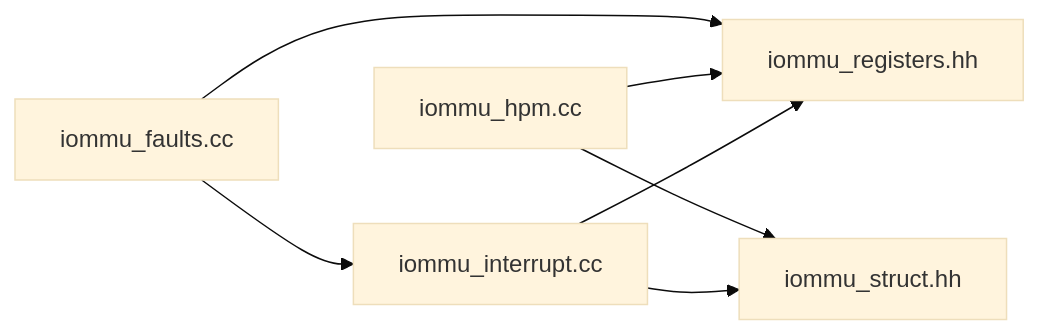
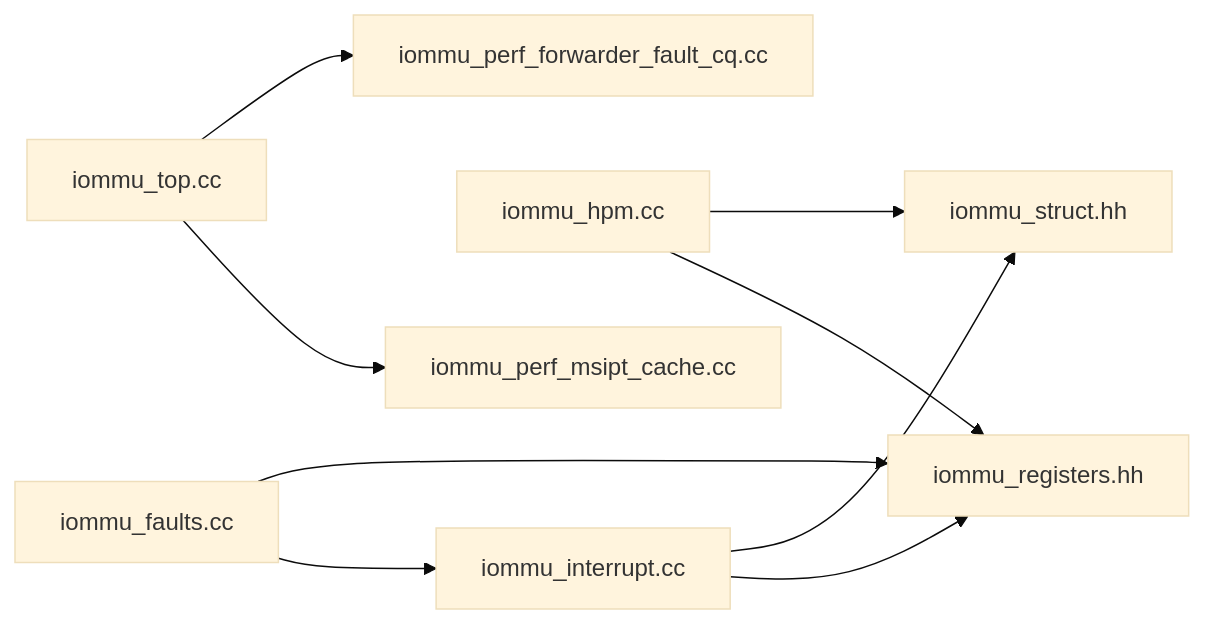
One commit to jiangjiang1122/iommu_model_20260401_v1 changed the eighth of 8 diagrams in .qoder/repowiki/zh/content/API参考手册/中断和性能监控接口.md. Above: the diagram before and after it, drawn with Mermaid (base theme). The commit also changed other lines of this file and 159 other files, not shown here.

Commit message:
chore: 更新知识库文档 + 新增PTW并发分析图表与数据文件

````diff
--- a/.qoder/repowiki/zh/content/API参考手册/中断和性能监控接口.md
+++ b/.qoder/repowiki/zh/content/API参考手册/中断和性能监控接口.md
@@ -363,9 +439,11 @@
 ```mermaid
 graph LR
 INT_CC["iommu_interrupt.cc"] --> REGS["iommu_registers.hh"]
 INT_CC --> STRUC["iommu_struct.hh"]
 HPM_CC["iommu_hpm.cc"] --> REGS
 HPM_CC --> STRUC
 FLT_CC["iommu_faults.cc"] --> INT_CC
 FLT_CC --> REGS
+MSI_TOP["iommu_top.cc"] --> MSI_CACHE["iommu_perf_msipt_cache.cc"]
+MSI_TOP --> MSI_FWD["iommu_perf_forwarder_fault_cq.cc"]
 ```
````
